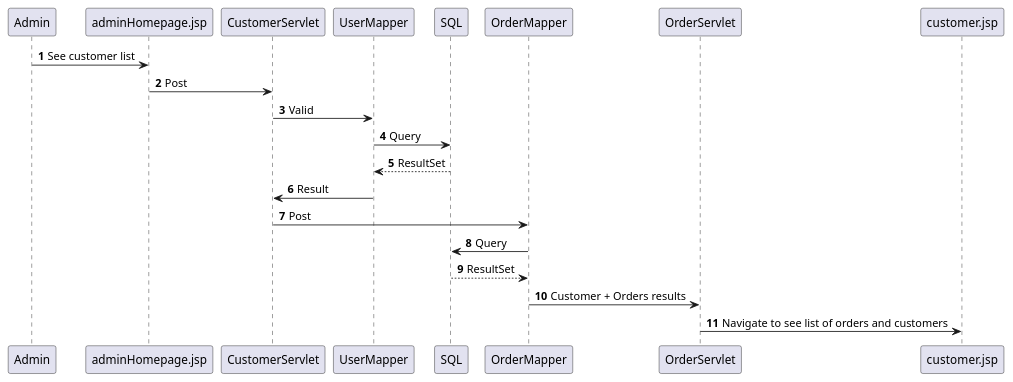
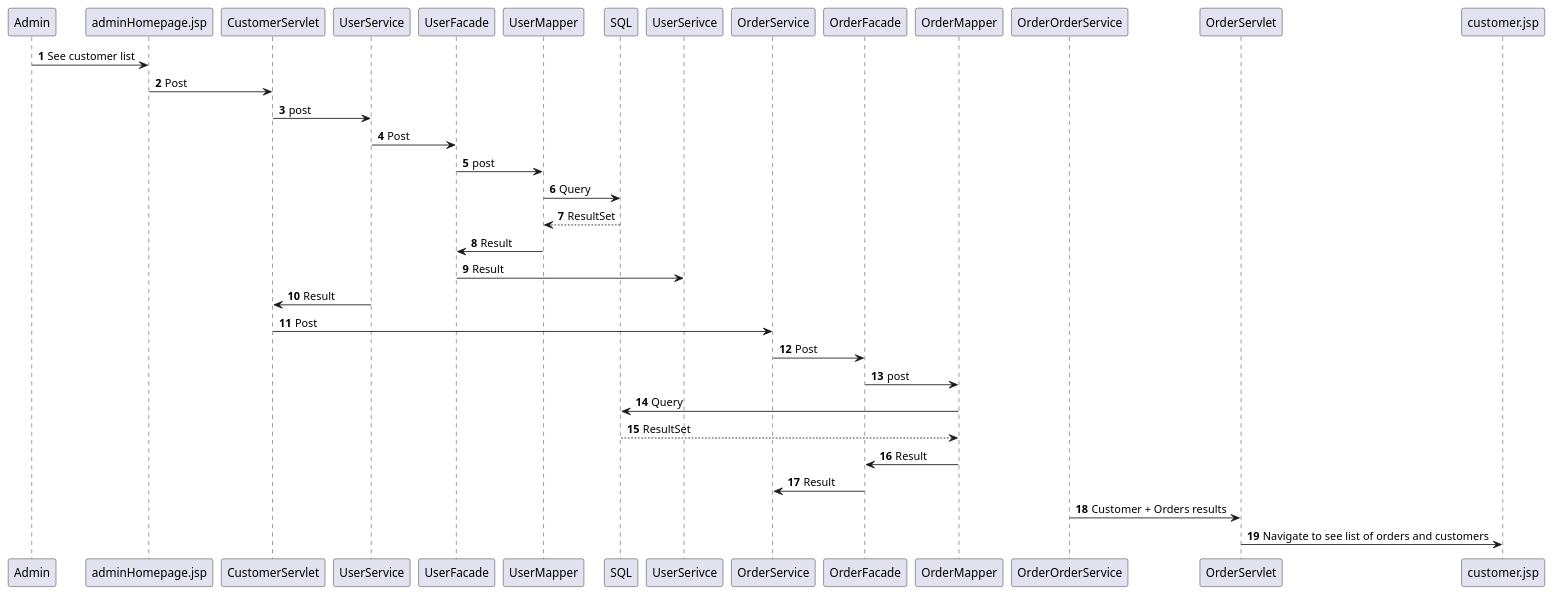
One commit to HeinLarsen/fog-carport changed the diagram in documentation/SqAdminSeeCustomer.puml. Above: the diagram before and after it, drawn with PlantUML. The commit also changed 5 other files, not shown here.

Commit message:
Fixed NavigationsDiagrammer

```diff
--- a/documentation/SqAdminSeeCustomer.puml
+++ b/documentation/SqAdminSeeCustomer.puml
@@ -1,18 +1,26 @@
 @startuml
 'https://plantuml.com/sequence-diagram
 
 autonumber
 
 Admin -> adminHomepage.jsp: See customer list
 adminHomepage.jsp -> CustomerServlet: Post
-CustomerServlet -> UserMapper: Valid
+CustomerServlet -> UserService : post
+UserService -> UserFacade: Post
+UserFacade -> UserMapper : post
 UserMapper -> SQL: Query
 SQL --> UserMapper: ResultSet
-UserMapper -> CustomerServlet: Result
-CustomerServlet -> OrderMapper: Post
+UserMapper -> UserFacade: Result
+UserFacade -> UserSerivce: Result
+UserService -> CustomerServlet: Result
+CustomerServlet -> OrderService: Post
+OrderService -> OrderFacade: Post
+OrderFacade -> OrderMapper : post
 OrderMapper -> SQL: Query
 SQL --> OrderMapper: ResultSet
-OrderMapper -> OrderServlet: Customer + Orders results
+OrderMapper -> OrderFacade: Result
+OrderFacade -> OrderService: Result
+OrderOrderService -> OrderServlet: Customer + Orders results
 OrderServlet -> customer.jsp: Navigate to see list of orders and customers
 
 @enduml
```
